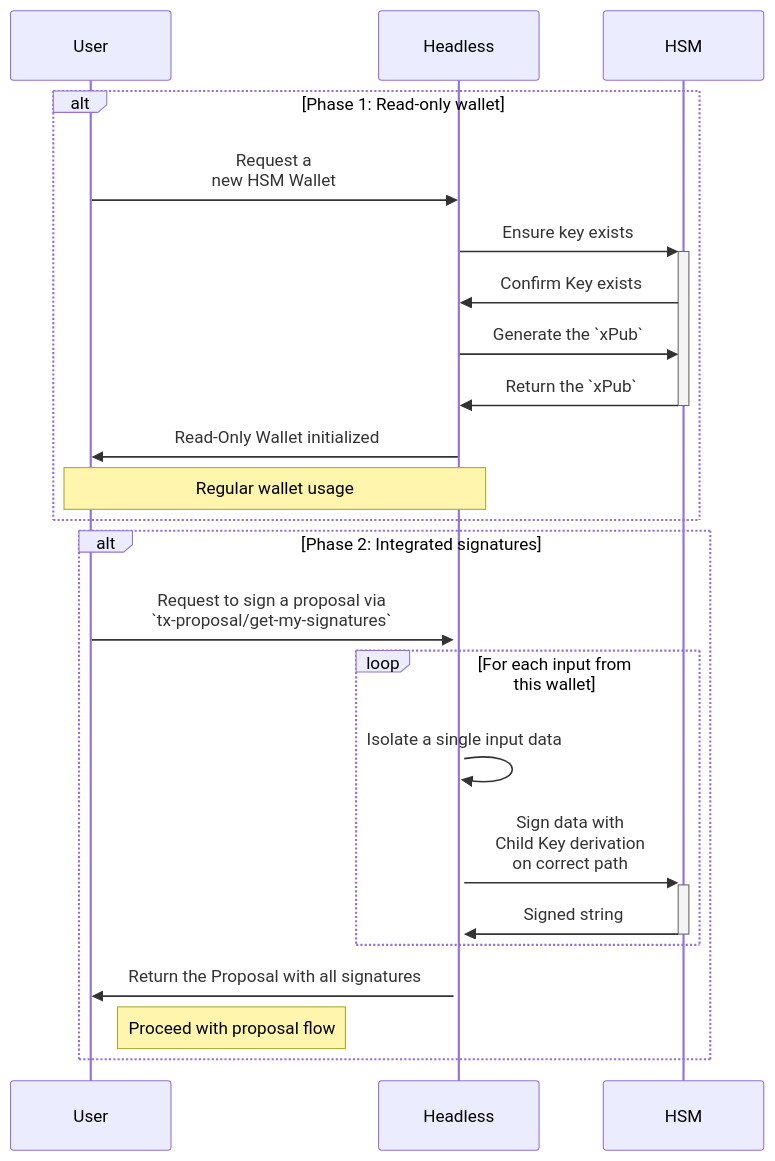
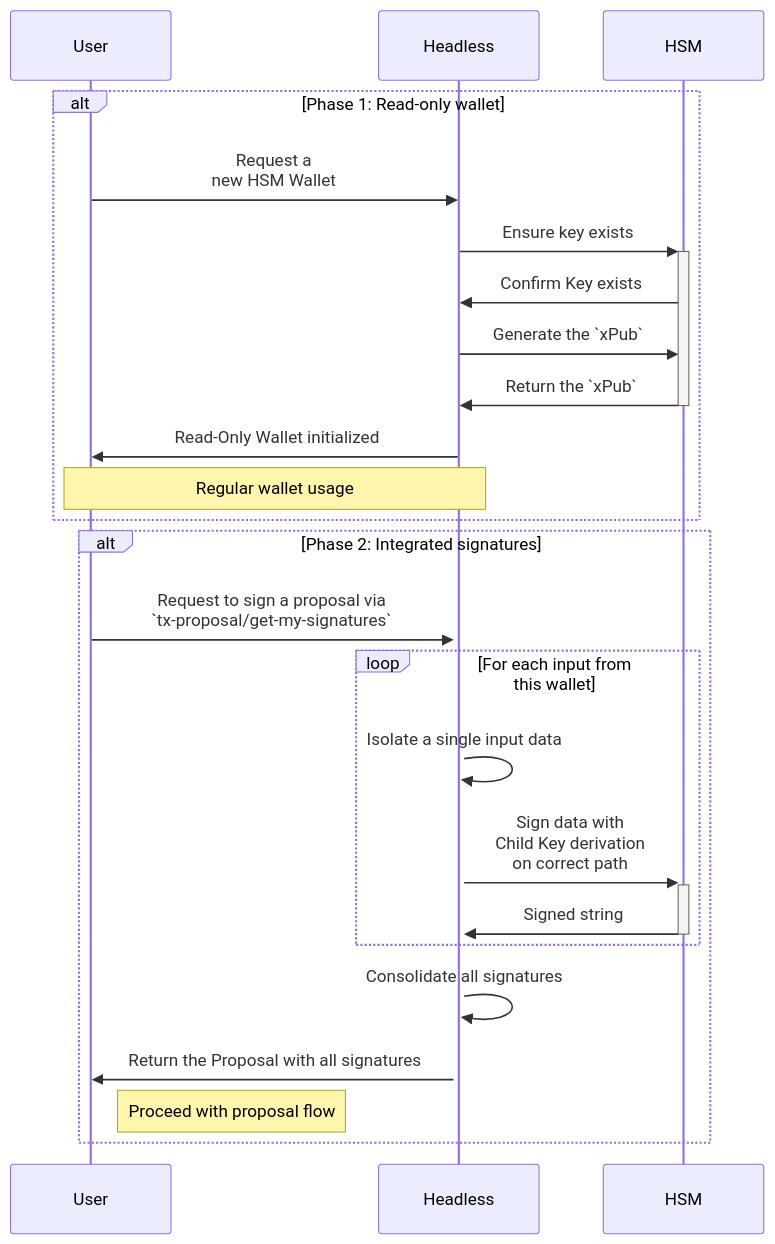
Before and after one commit to HathorNetwork/rfcs: the second of 2 diagrams in projects/hathor-wallet-headless/hsm-integration.md, drawn with Mermaid. The commit also changed other lines of this file, not shown here.

````diff
--- a/projects/hathor-wallet-headless/hsm-integration.md
+++ b/projects/hathor-wallet-headless/hsm-integration.md
@@ -88,22 +90,23 @@
 ```mermaid
 sequenceDiagram
 alt Phase 1: Read-only wallet
 User->>Headless: Request a<br/>new HSM Wallet
 Headless->>+HSM: Ensure key exists
 HSM->>Headless: Confirm Key exists
 Headless->>HSM: Generate the `xPub`
 HSM->>-Headless: Return the `xPub`
 Headless->>User: Read-Only Wallet initialized
 Note over User,Headless: Regular wallet usage
 end
 alt Phase 2: Integrated signatures
 User->>+Headless: Request to sign a proposal via<br/>`tx-proposal/get-my-signatures`
 loop For each input from this wallet
 Headless->>Headless: Isolate a single input data
 Headless->>+HSM: Sign data with<br/>Child Key derivation<br/>on correct path
 HSM->>-Headless: Signed string
 end
+Headless->>Headless: Consolidate all signatures
 Headless->>User: Return the Proposal with all signatures
 Note right of User: Proceed with proposal flow
 end
 ```
````
